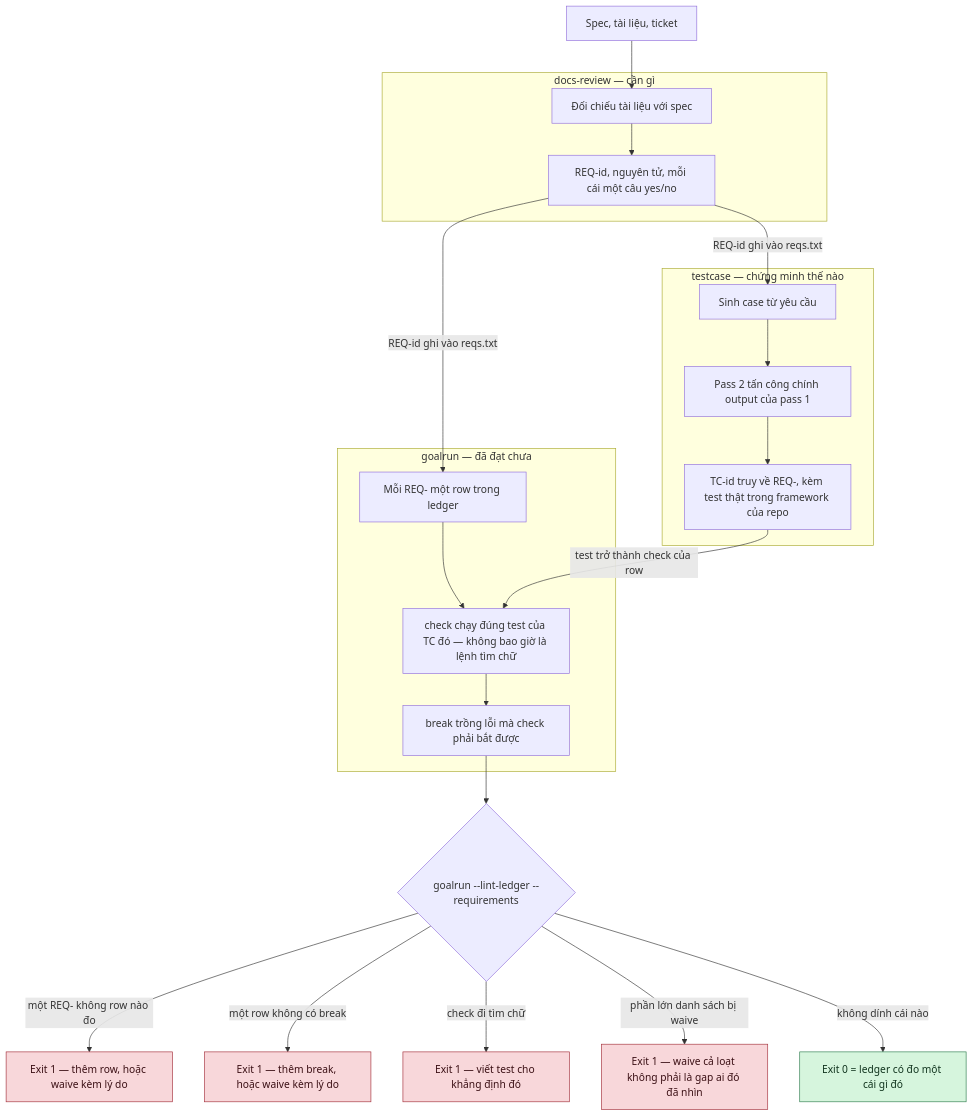
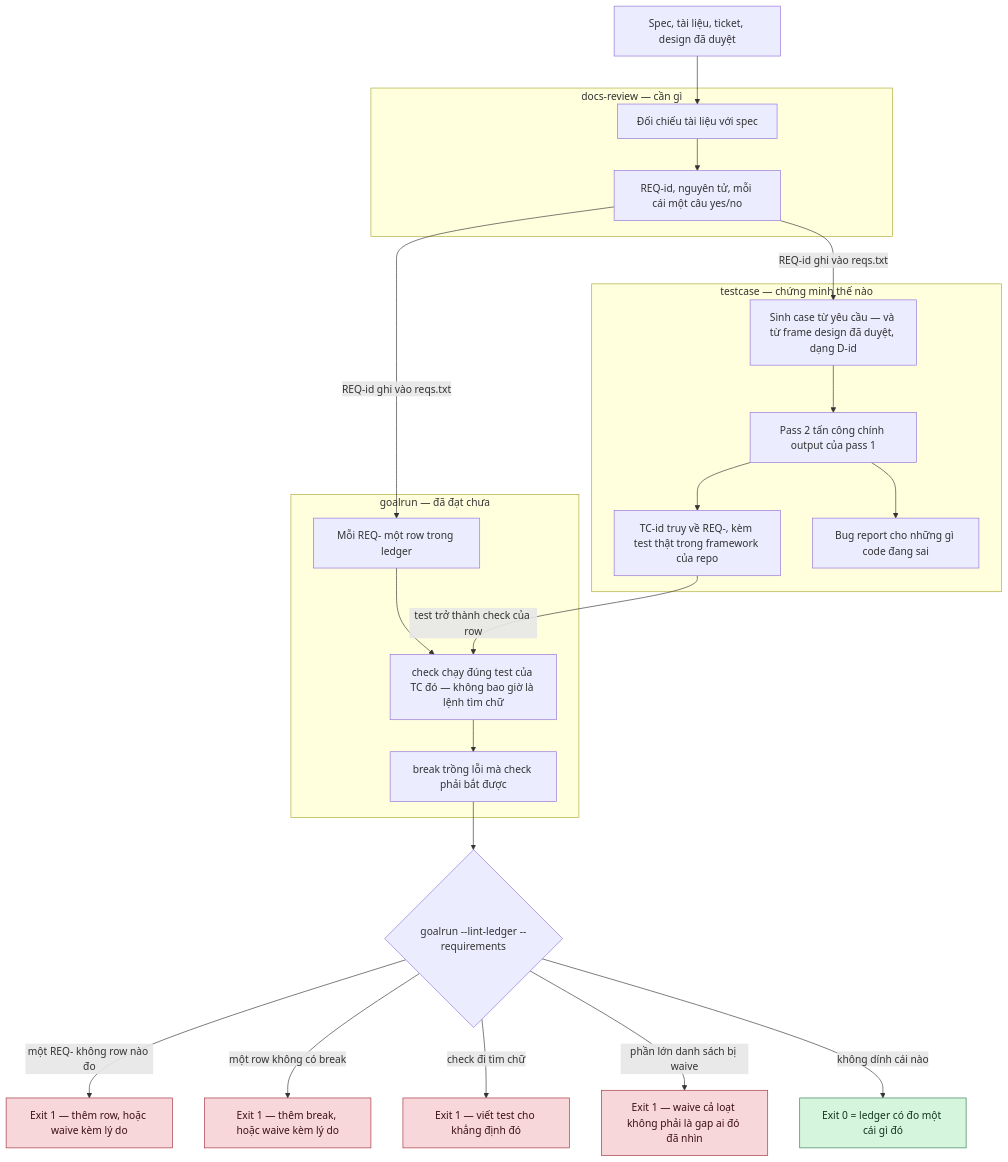
Before and after one commit to xtieume/testcase: the first of 4 diagrams in docs/how-it-works.vi.md, drawn with Mermaid. The commit also changed other lines of this file and 3 other files, not shown here.

````diff
--- a/docs/how-it-works.vi.md
+++ b/docs/how-it-works.vi.md
@@ -13,44 +13,46 @@
 ```mermaid
 flowchart TD
-    SPEC["Spec, tài liệu, ticket"]
+    SPEC["Spec, tài liệu, ticket, design đã duyệt"]
 
     subgraph DR["docs-review — cần gì"]
         DR1["Đối chiếu tài liệu với spec"]
         DR2["REQ-id, nguyên tử, mỗi cái một câu yes/no"]
         DR1 --> DR2
     end
 
     subgraph TC["testcase — chứng minh thế nào"]
-        TC1["Sinh case từ yêu cầu"]
+        TC1["Sinh case từ yêu cầu — và từ frame design đã duyệt, dạng D-id"]
         TC2["Pass 2 tấn công chính output của pass 1"]
         TC3["TC-id truy về REQ-, kèm test thật trong framework của repo"]
+        TC4["Bug report cho những gì code đang sai"]
         TC1 --> TC2 --> TC3
+        TC2 --> TC4
     end
 
     subgraph GR["goalrun — đã đạt chưa"]
         GR1["Mỗi REQ- một row trong ledger"]
         GR2["check chạy đúng test của TC đó — không bao giờ là lệnh tìm chữ"]
         GR3["break trồng lỗi mà check phải bắt được"]
         GR1 --> GR2 --> GR3
     end
 
     GATE{"goalrun --lint-ledger --requirements"}
     OUT["Exit 0 = ledger có đo một cái gì đó"]
 
     SPEC --> DR1
     DR2 -->|"REQ-id ghi vào reqs.txt"| TC1
     DR2 -->|"REQ-id ghi vào reqs.txt"| GR1
     TC3 -->|"test trở thành check của row"| GR2
     GR3 --> GATE
     GATE -->|"một REQ- không row nào đo"| FAIL1["Exit 1 — thêm row, hoặc waive kèm lý do"]
     GATE -->|"một row không có break"| FAIL2["Exit 1 — thêm break, hoặc waive kèm lý do"]
     GATE -->|"check đi tìm chữ"| FAIL3["Exit 1 — viết test cho khẳng định đó"]
     GATE -->|"phần lớn danh sách bị waive"| FAIL4["Exit 1 — waive cả loạt không phải là gap ai đó đã nhìn"]
     GATE -->|"không dính cái nào"| OUT
 
     style OUT fill:#d6f5dd,stroke:#2f7d4f,color:#12351f
     style FAIL1 fill:#f8d7da,stroke:#a3303b,color:#3b1015
     style FAIL2 fill:#f8d7da,stroke:#a3303b,color:#3b1015
     style FAIL3 fill:#f8d7da,stroke:#a3303b,color:#3b1015
     style FAIL4 fill:#f8d7da,stroke:#a3303b,color:#3b1015
 ```
````
